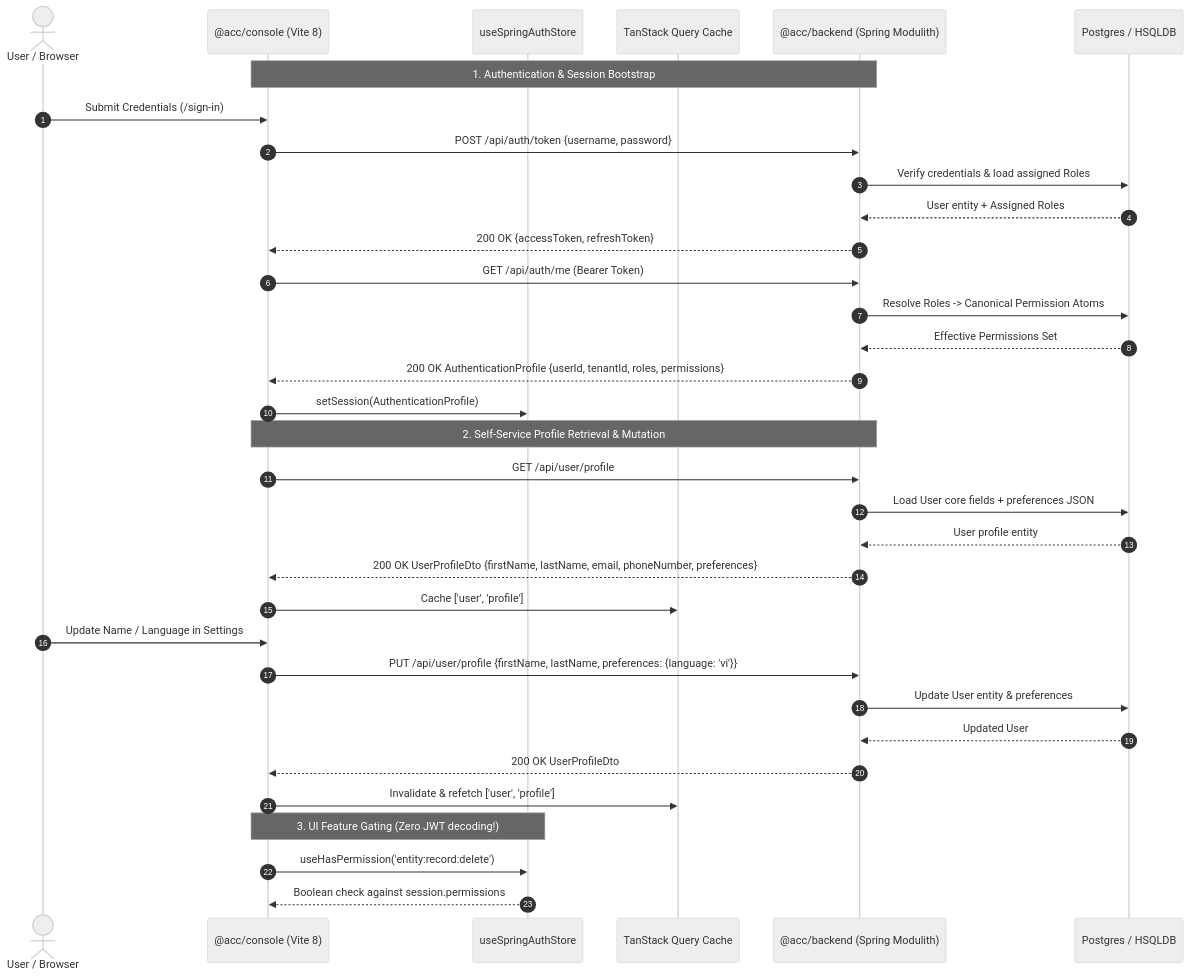
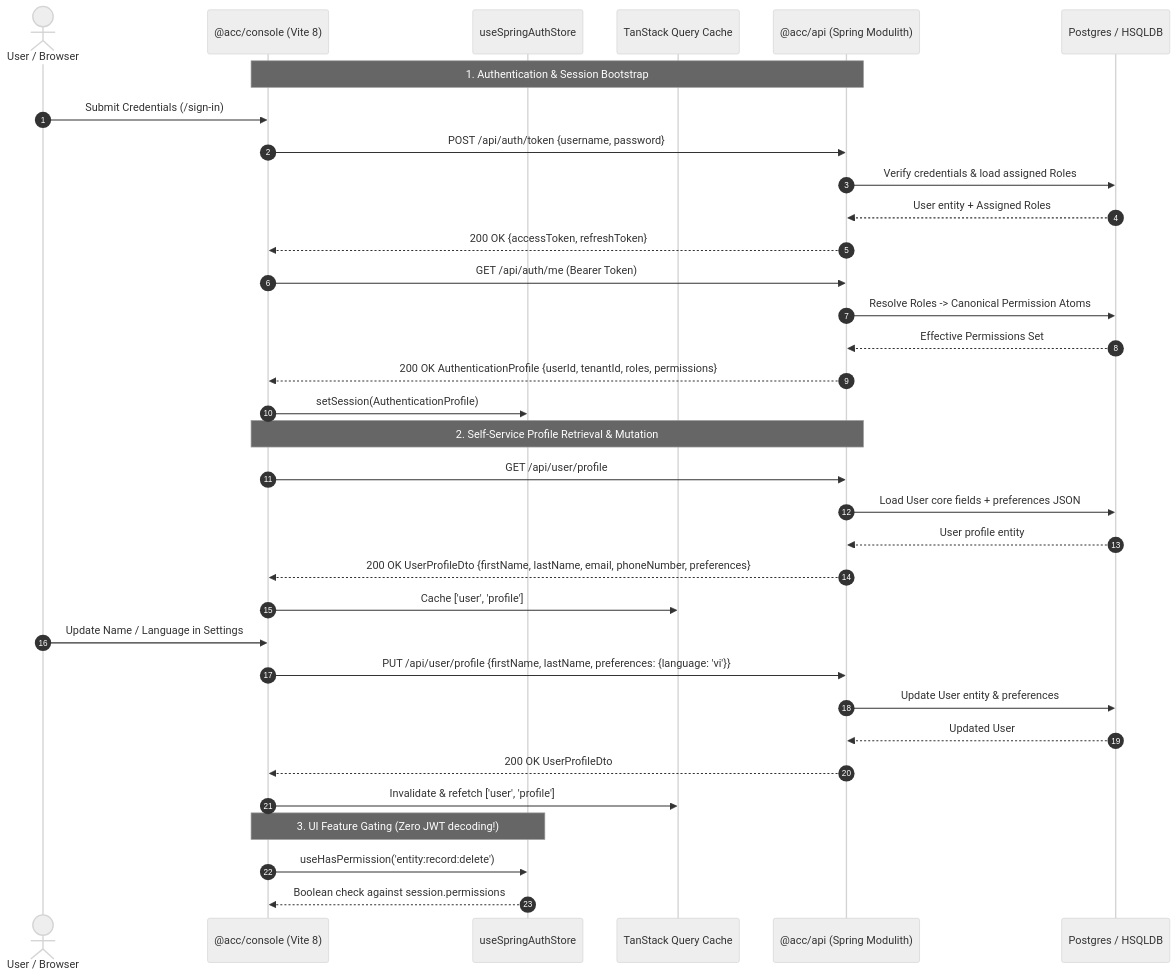
One commit to tamanle23/acc changed the diagram in docs/archived/iterations/master_implementation_plan_iteration_67.md. Above: the diagram before and after it, drawn with Mermaid (neutral theme). The commit also changed other lines of this file and 1996 other files, not shown here.

First line of the commit message:
refactor(all): rename apps/backend to apps/api and @acc/backend to @acc/api

````diff
--- a/docs/archived/iterations/master_implementation_plan_iteration_67.md
+++ b/docs/archived/iterations/master_implementation_plan_iteration_67.md
@@ -96,41 +96,41 @@
 ```mermaid
 sequenceDiagram
     autonumber
     actor User as User / Browser
     participant Console as @acc/console (Vite 8)
     participant AuthStore as useSpringAuthStore
     participant QueryCache as TanStack Query Cache
-    participant API as @acc/backend (Spring Modulith)
+    participant API as @acc/api (Spring Modulith)
     participant DB as Postgres / HSQLDB
 
     Note over Console,API: 1. Authentication & Session Bootstrap
     User->>Console: Submit Credentials (/sign-in)
     Console->>API: POST /api/auth/token {username, password}
     API->>DB: Verify credentials & load assigned Roles
     DB-->>API: User entity + Assigned Roles
     API-->>Console: 200 OK {accessToken, refreshToken}
     
     Console->>API: GET /api/auth/me (Bearer Token)
     API->>DB: Resolve Roles -> Canonical Permission Atoms
     DB-->>API: Effective Permissions Set
     API-->>Console: 200 OK AuthenticationProfile {userId, tenantId, roles, permissions}
     Console->>AuthStore: setSession(AuthenticationProfile)
     
     Note over Console,API: 2. Self-Service Profile Retrieval & Mutation
     Console->>API: GET /api/user/profile
     API->>DB: Load User core fields + preferences JSON
     DB-->>API: User profile entity
     API-->>Console: 200 OK UserProfileDto {firstName, lastName, email, phoneNumber, preferences}
     Console->>QueryCache: Cache ['user', 'profile']
     
     User->>Console: Update Name / Language in Settings
     Console->>API: PUT /api/user/profile {firstName, lastName, preferences: {language: 'vi'}}
     API->>DB: Update User entity & preferences
     DB-->>API: Updated User
     API-->>Console: 200 OK UserProfileDto
     Console->>QueryCache: Invalidate & refetch ['user', 'profile']
     
     Note over Console,AuthStore: 3. UI Feature Gating (Zero JWT decoding!)
     Console->>AuthStore: useHasPermission('entity:record:delete')
     AuthStore-->>Console: Boolean check against session.permissions
 ```
````
